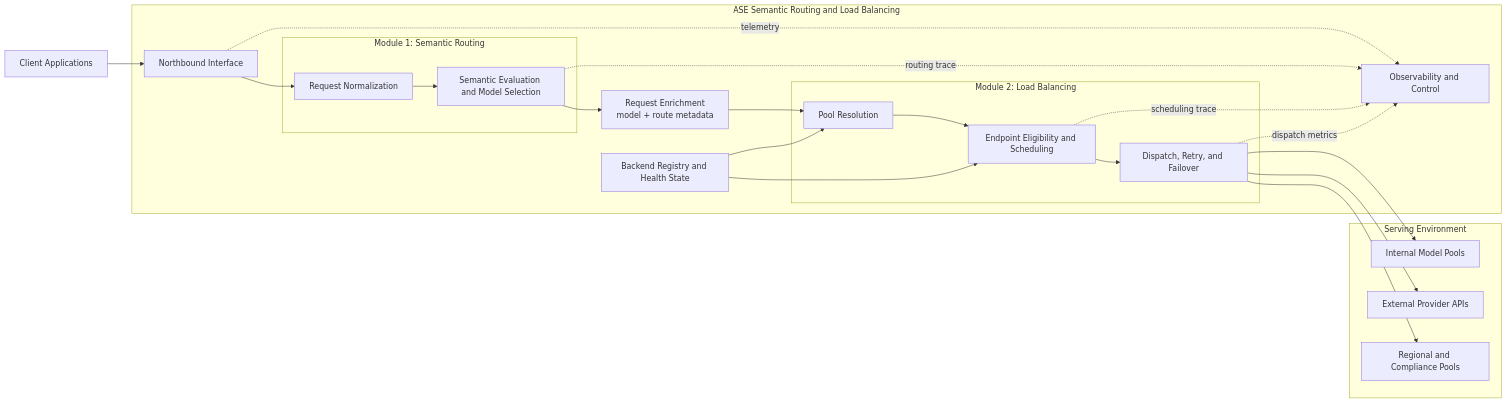
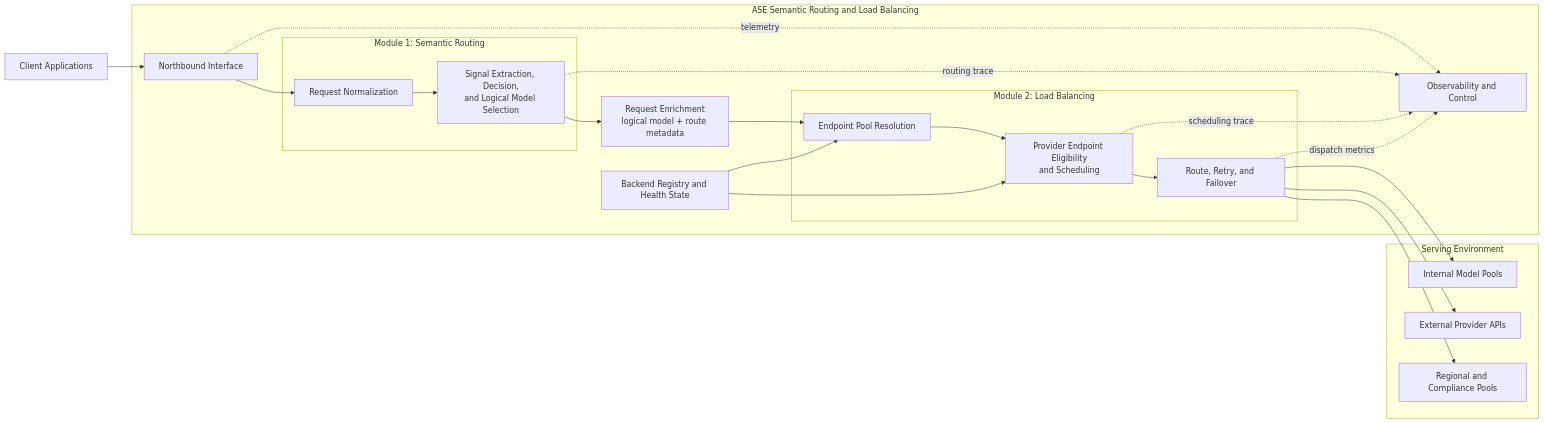
Before and after one commit to puyanguvic/semenatic_routing_and_load_balance: the second of 2 diagrams in architecture.md, drawn with Mermaid. The commit also changed other lines of this file and 2 other files, not shown here.

Commit message:
Clarify two-stage routing architecture and add overview diagrams

````diff
--- a/architecture.md
+++ b/architecture.md
@@ -103,42 +132,42 @@
 ```mermaid
 flowchart LR
     Client[Client Applications]
 
     subgraph ASE[ASE Semantic Routing and Load Balancing]
         Ingress[Northbound Interface]
 
         subgraph SR[Module 1: Semantic Routing]
             Normalize[Request Normalization]
-            Route[Semantic Evaluation and Model Selection]
+            Route[Signal Extraction, Decision,<br/>and Logical Model Selection]
         end
 
-        Boundary[Request Enrichment<br/>model + route metadata]
+        Boundary[Request Enrichment<br/>logical model + route metadata]
 
         subgraph LB[Module 2: Load Balancing]
-            Pool[Pool Resolution]
-            Select[Endpoint Eligibility and Scheduling]
-            Dispatch[Dispatch, Retry, and Failover]
+            Pool[Endpoint Pool Resolution]
+            Select[Provider Endpoint Eligibility<br/>and Scheduling]
+            Dispatch[Route, Retry, and Failover]
         end
 
         Obs[Observability and Control]
         Health[Backend Registry and Health State]
     end
 
     subgraph Backends[Serving Environment]
         Internal[Internal Model Pools]
         External[External Provider APIs]
         Regional[Regional and Compliance Pools]
     end
 
     Client --> Ingress --> Normalize --> Route --> Boundary --> Pool --> Select --> Dispatch
     Health --> Pool
     Health --> Select
     Dispatch --> Internal
     Dispatch --> External
     Dispatch --> Regional
 
     Ingress -. telemetry .-> Obs
     Route -. routing trace .-> Obs
     Select -. scheduling trace .-> Obs
     Dispatch -. dispatch metrics .-> Obs
 ```
````
